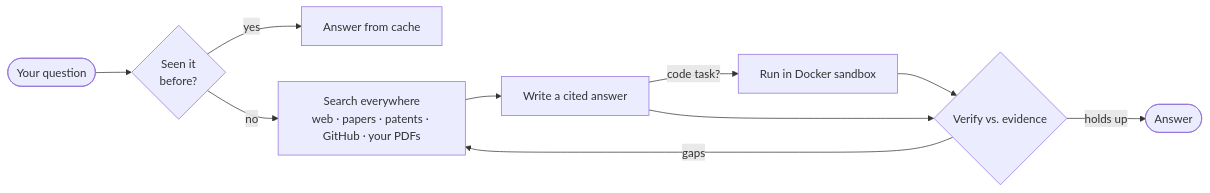
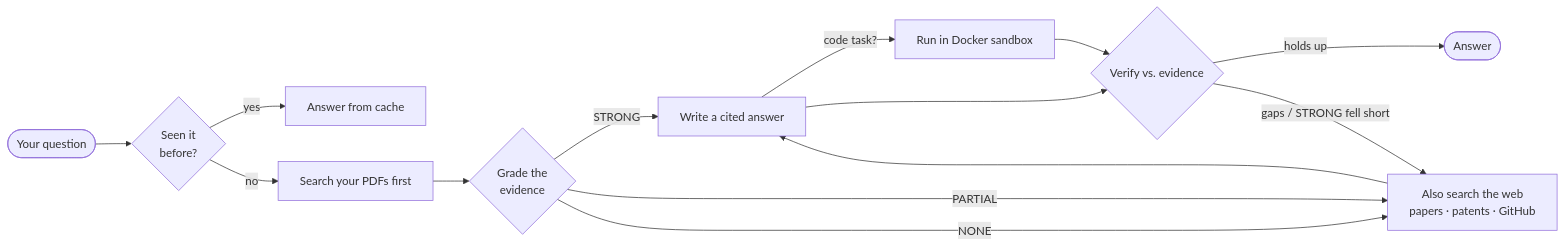
One commit to anistondeveloperteam-ANT/Audio-research-assistant changed the first of 3 diagrams in README.md. Above: the diagram before and after it, drawn with Mermaid. The commit also changed other lines of this file and 1 other file, not shown here.

````diff
--- a/README.md
+++ b/README.md
@@ -80,12 +81,16 @@
 ```mermaid
 flowchart LR
     Q([Your question]) --> M{Seen it<br/>before?}
     M -- yes --> C[Answer from cache]
-    M -- no --> S[Search everywhere<br/>web · papers · patents · GitHub · your PDFs]
-    S --> W[Write a cited answer]
+    M -- no --> L[Search your PDFs first]
+    L --> G{Grade the<br/>evidence}
+    G -- STRONG --> W[Write a cited answer]
+    G -- PARTIAL --> S[Also search the web<br/>papers · patents · GitHub]
+    G -- NONE --> S
+    S --> W
     W -- code task? --> D[Run in Docker sandbox]
     D --> V
     W --> V{Verify vs. evidence}
-    V -- gaps --> S
     V -- holds up --> A([Answer])
+    V -- gaps / STRONG fell short --> S
 ```
````
